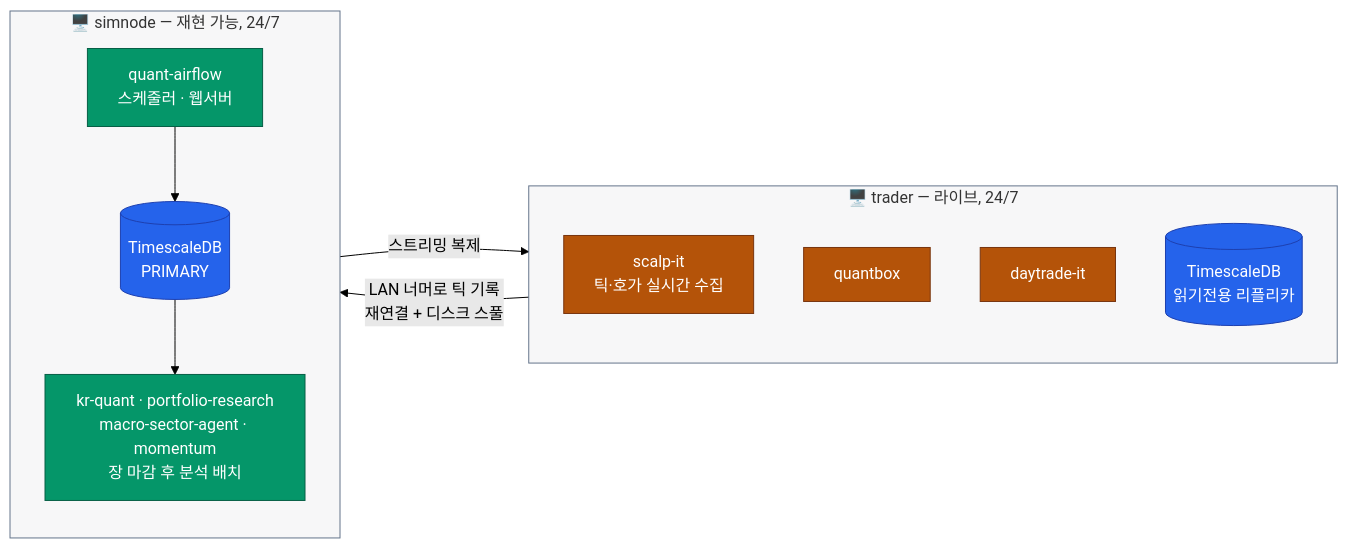
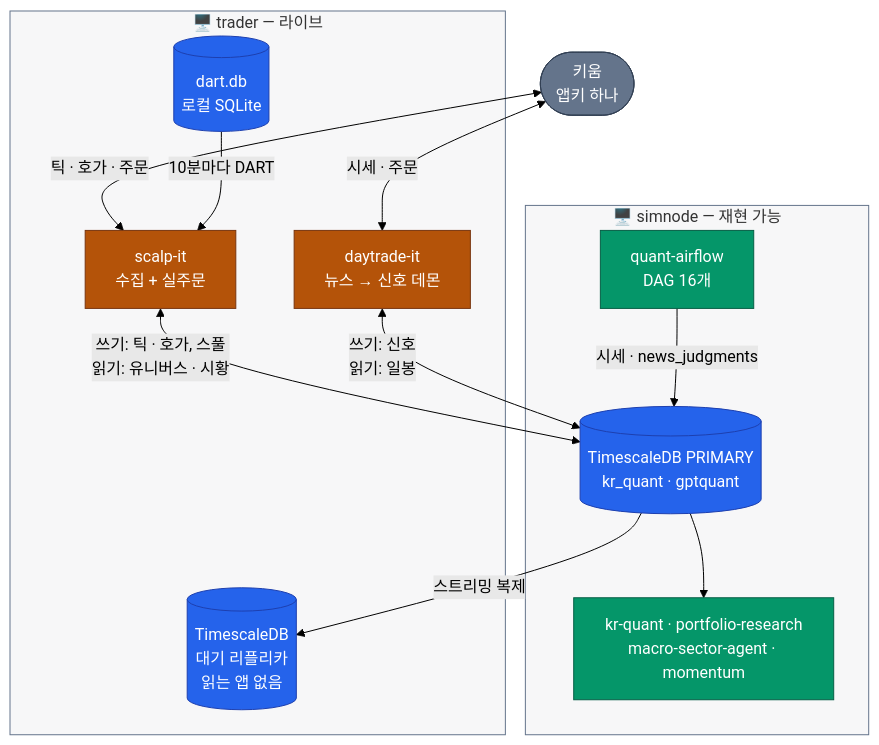
Before and after one commit to younghwan91/younghwan91: the second of 3 diagrams in README.ko.md, drawn with Mermaid (forest theme). The commit also changed other lines of this file and 1 other file, not shown here.

First line of the commit message:
docs(readme): daytrade-it 라이브 합류 반영 — 호스트·DB·계좌 관계를 다시 그린다

````diff
--- a/README.ko.md
+++ b/README.ko.md
@@ -100,33 +103,39 @@
 ```mermaid
-flowchart LR
-    subgraph T ["🖥️ trader — 라이브, 24/7"]
-        direction TB
-        SC["scalp-it<br/>틱·호가 실시간 수집"]
-        QB["quantbox"]
-        KSE["daytrade-it"]
-        RP[("TimescaleDB<br/>읽기전용 리플리카")]
+flowchart TB
+    KW(["키움<br/>앱키 하나"])
+
+    subgraph T ["🖥️ trader — 라이브"]
+        SC["scalp-it<br/>수집 + 실주문"]
+        DT["daytrade-it<br/>뉴스 → 신호 데몬"]
+        DD[("dart.db<br/>로컬 SQLite")]
+        RP[("TimescaleDB<br/>대기 리플리카<br/>읽는 앱 없음")]
     end
 
-    subgraph S ["🖥️ simnode — 재현 가능, 24/7"]
-        direction TB
-        AF["quant-airflow<br/>스케줄러 · 웹서버"]
-        PR[("TimescaleDB<br/>PRIMARY")]
-        RS["kr-quant · portfolio-research<br/>macro-sector-agent · momentum<br/>장 마감 후 분석 배치"]
+    subgraph S ["🖥️ simnode — 재현 가능"]
+        AF["quant-airflow<br/>DAG 16개"]
+        PR[("TimescaleDB PRIMARY<br/>kr_quant · gptquant")]
+        RS["kr-quant · portfolio-research<br/>macro-sector-agent · momentum"]
     end
 
-    SC -- "LAN 너머로 틱 기록<br/>재연결 + 디스크 스풀" --> PR
-    AF --> PR
-    PR -- "스트리밍 복제" --> RP
+    KW <-->|"틱 · 호가 · 주문"| SC
+    KW <-->|"시세 · 주문"| DT
+    DD -->|"10분마다 DART"| SC
+    SC <-->|"쓰기: 틱 · 호가, 스풀<br/>읽기: 유니버스 · 시황"| PR
+    DT <-->|"쓰기: 신호<br/>읽기: 일봉"| PR
+    AF -->|"시세 · news_judgments"| PR
+    PR -->|"스트리밍 복제"| RP
     PR --> RS
 
     classDef live fill:#B45309,stroke:#78350F,color:#FFFFFF
     classDef repro fill:#059669,stroke:#065F46,color:#FFFFFF
     classDef store fill:#2563EB,stroke:#1E40AF,color:#FFFFFF
+    classDef ext fill:#64748B,stroke:#334155,color:#FFFFFF
 
-    class SC,QB,KSE live
+    class SC,DT live
     class AF,RS repro
-    class RP,PR store
+    class RP,PR,DD store
+    class KW ext
 
     style T fill:#0F172A08,stroke:#64748B
     style S fill:#0F172A08,stroke:#64748B
 ```
````
